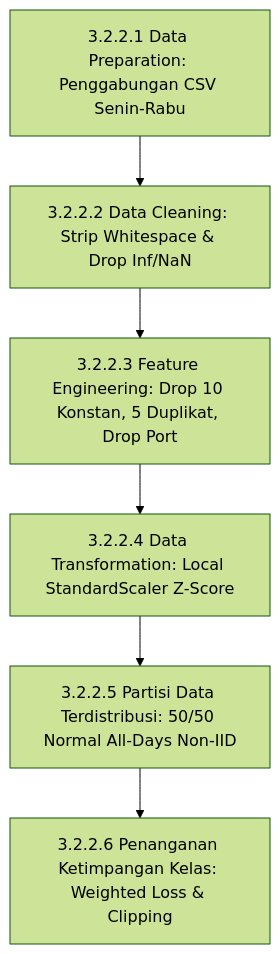
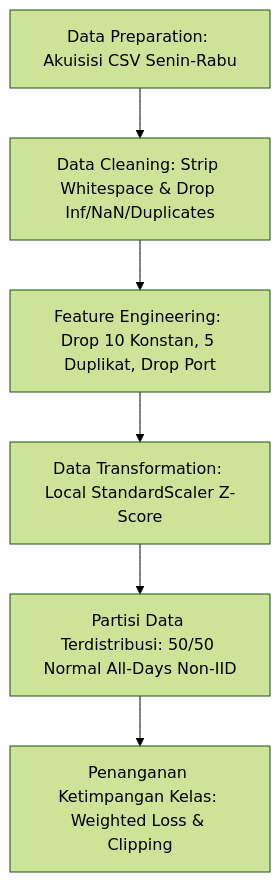
Before and after one commit to rhaffle87/brief-thesis: the fourth of 7 diagrams in Penulisan/Bab-3-Metodologi-Penelitian.md, drawn with Mermaid (forest theme). The commit also changed other lines of this file and 7 other files, not shown here.

````diff
--- a/Penulisan/Bab-3-Metodologi-Penelitian.md
+++ b/Penulisan/Bab-3-Metodologi-Penelitian.md
@@ -74,8 +97,8 @@
 ```mermaid
 flowchart TD
-    P1[3.2.2.1 Data Preparation: Penggabungan CSV Senin-Rabu] --> P2[3.2.2.2 Data Cleaning: Strip Whitespace & Drop Inf/NaN]
-    P2 --> P3[3.2.2.3 Feature Engineering: Drop 10 Konstan, 5 Duplikat, Drop Port]
-    P3 --> P4[3.2.2.4 Data Transformation: Local StandardScaler Z-Score]
-    P4 --> P5[3.2.2.5 Partisi Data Terdistribusi: 50/50 Normal All-Days Non-IID]
-    P5 --> P6[3.2.2.6 Penanganan Ketimpangan Kelas: Weighted Loss & Clipping]
+    P1[Data Preparation: Akuisisi CSV Senin-Rabu] --> P2[Data Cleaning: Strip Whitespace & Drop Inf/NaN/Duplicates]
+    P2 --> P3[Feature Engineering: Drop 10 Konstan, 5 Duplikat, Drop Port]
+    P3 --> P4[Data Transformation: Local StandardScaler Z-Score]
+    P4 --> P5[Partisi Data Terdistribusi: 50/50 Normal All-Days Non-IID]
+    P5 --> P6[Penanganan Ketimpangan Kelas: Weighted Loss & Clipping]
 ```
````
